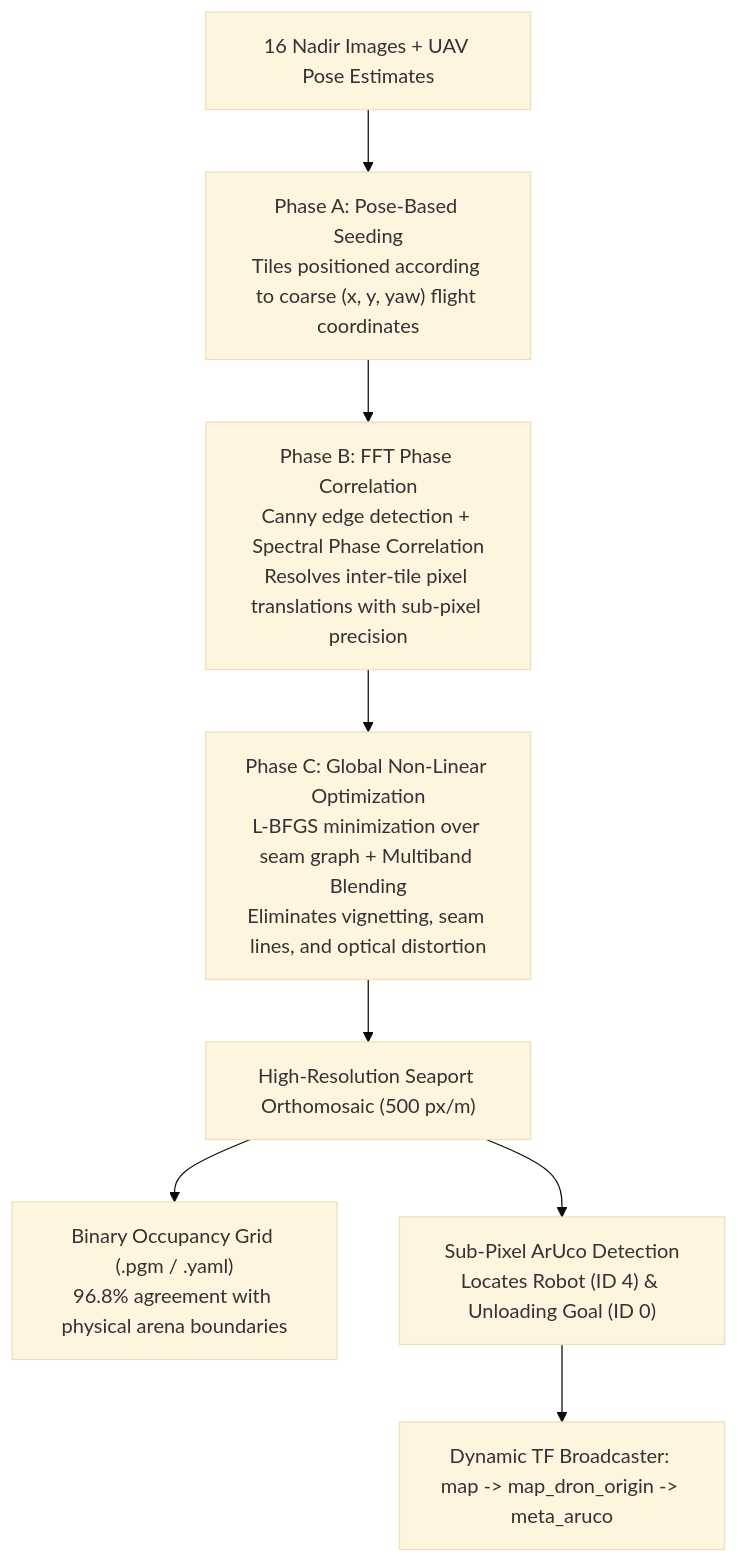
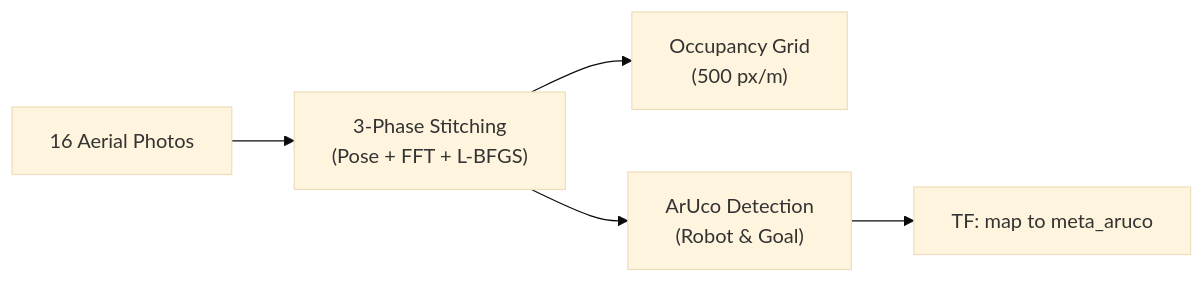
One commit to opyntorr/port_bot_sim_ws changed the fourth of 5 diagrams in README.md. Above: the diagram before and after it, drawn with Mermaid (base theme). The commit also changed other lines of this file, not shown here.

Commit message:
docs: simplify and streamline mermaid architecture diagrams

````diff
--- a/README.md
+++ b/README.md
@@ -255,10 +211,7 @@
 ```mermaid
-flowchart TD
-    P1["16 Nadir Images + UAV Pose Estimates"] --> PhaseA["Phase A: Pose-Based Seeding\nTiles positioned according to coarse (x, y, yaw) flight coordinates"]
-    PhaseA --> PhaseB["Phase B: FFT Phase Correlation\nCanny edge detection + Spectral Phase Correlation\nResolves inter-tile pixel translations with sub-pixel precision"]
-    PhaseB --> PhaseC["Phase C: Global Non-Linear Optimization\nL-BFGS minimization over seam graph + Multiband Blending\nEliminates vignetting, seam lines, and optical distortion"]
-    PhaseC --> OUT1["High-Resolution Seaport Orthomosaic (500 px/m)"]
-    OUT1 --> OUT2["Binary Occupancy Grid (.pgm / .yaml)\n96.8% agreement with physical arena boundaries"]
-    OUT1 --> OUT3["Sub-Pixel ArUco Detection\nLocates Robot (ID 4) & Unloading Goal (ID 0)"]
-    OUT3 --> TF["Dynamic TF Broadcaster: map -> map_dron_origin -> meta_aruco"]
+flowchart LR
+    Photos["16 Aerial Photos"] --> Stitch["3-Phase Stitching\n(Pose + FFT + L-BFGS)"]
+    Stitch --> Map["Occupancy Grid\n(500 px/m)"]
+    Stitch --> ArUco["ArUco Detection\n(Robot & Goal)"]
+    ArUco --> TF["TF: map to meta_aruco"]
 ```
````
